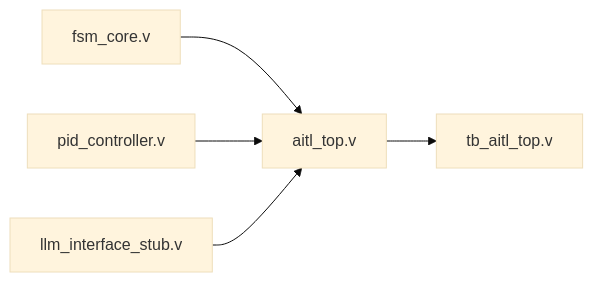
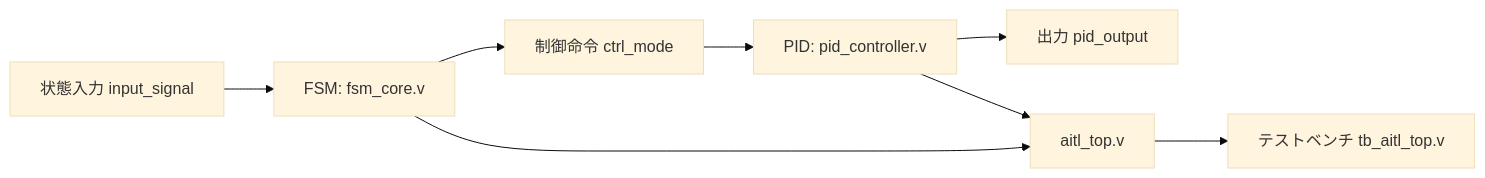
The diagram in PoC/verilog_demo/README.md (Samizo-AITL/AITL-H), drawn with Mermaid (base theme) before and after one commit. The commit also changed other lines of this file, not shown here.

````diff
--- a/PoC/verilog_demo/README.md
+++ b/PoC/verilog_demo/README.md
@@ -10,13 +52,10 @@
 ```mermaid
 graph LR
-    FSM[fsm_core.v]
-    PID[pid_controller.v]
-    LLM[llm_interface_stub.v]
-    TOP[aitl_top.v]
-    TB[tb_aitl_top.v]
-
-    FSM --> TOP
-    PID --> TOP
-    LLM --> TOP
-    TOP --> TB
+    A[状態入力 input_signal] --> B[FSM: fsm_core.v]
+    B --> C[制御命令 ctrl_mode]
+    C --> D[PID: pid_controller.v]
+    D --> E[出力 pid_output]
+    B --> F[aitl_top.v]
+    D --> F
+    F --> G[テストベンチ tb_aitl_top.v]
 ```
````
